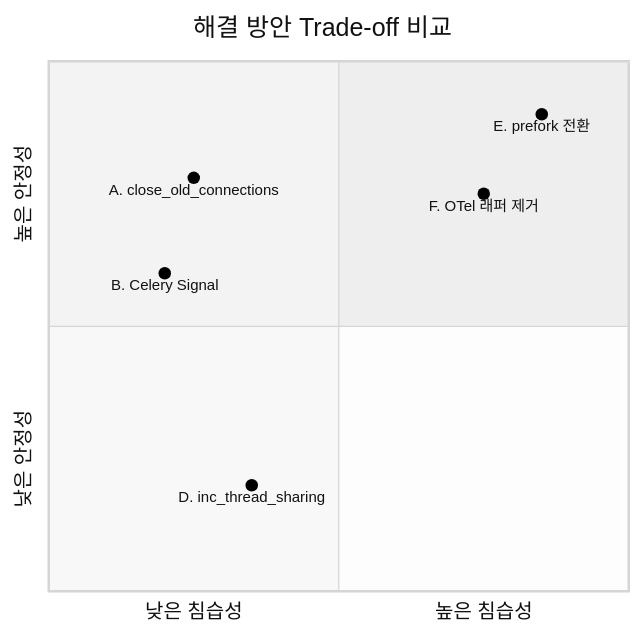
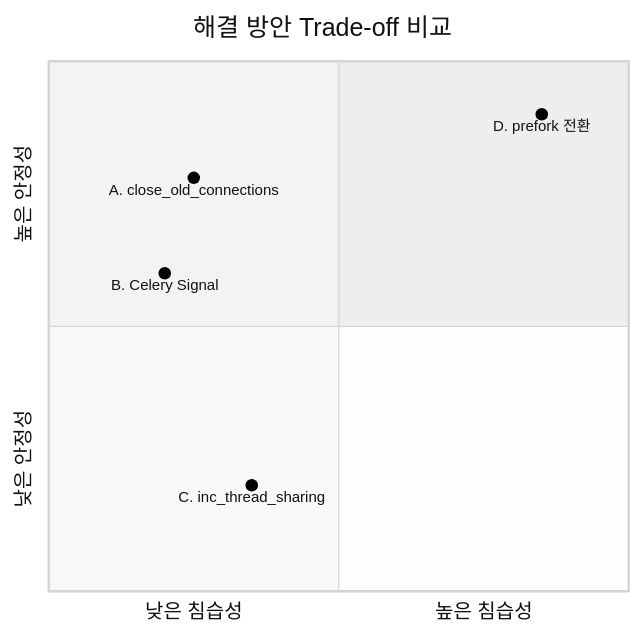
Before and after one commit to Qualcom-Capstone/backend: the fifth of 5 diagrams in docs/GEVENT_DB_THREAD_SAFETY.md, drawn with Mermaid (neutral theme). The commit also changed other lines of this file, not shown here.

````diff
--- a/docs/GEVENT_DB_THREAD_SAFETY.md
+++ b/docs/GEVENT_DB_THREAD_SAFETY.md
@@ -177,11 +195,10 @@
 ```mermaid
 quadrantChart
     title 해결 방안 Trade-off 비교
     x-axis 낮은 침습성 --> 높은 침습성
     y-axis 낮은 안정성 --> 높은 안정성
     A. close_old_connections: [0.25, 0.78]
     B. Celery Signal: [0.2, 0.6]
-    D. inc_thread_sharing: [0.35, 0.2]
-    E. prefork 전환: [0.85, 0.9]
-    F. OTel 래퍼 제거: [0.75, 0.75]
+    C. inc_thread_sharing: [0.35, 0.2]
+    D. prefork 전환: [0.85, 0.9]
 ```
````
